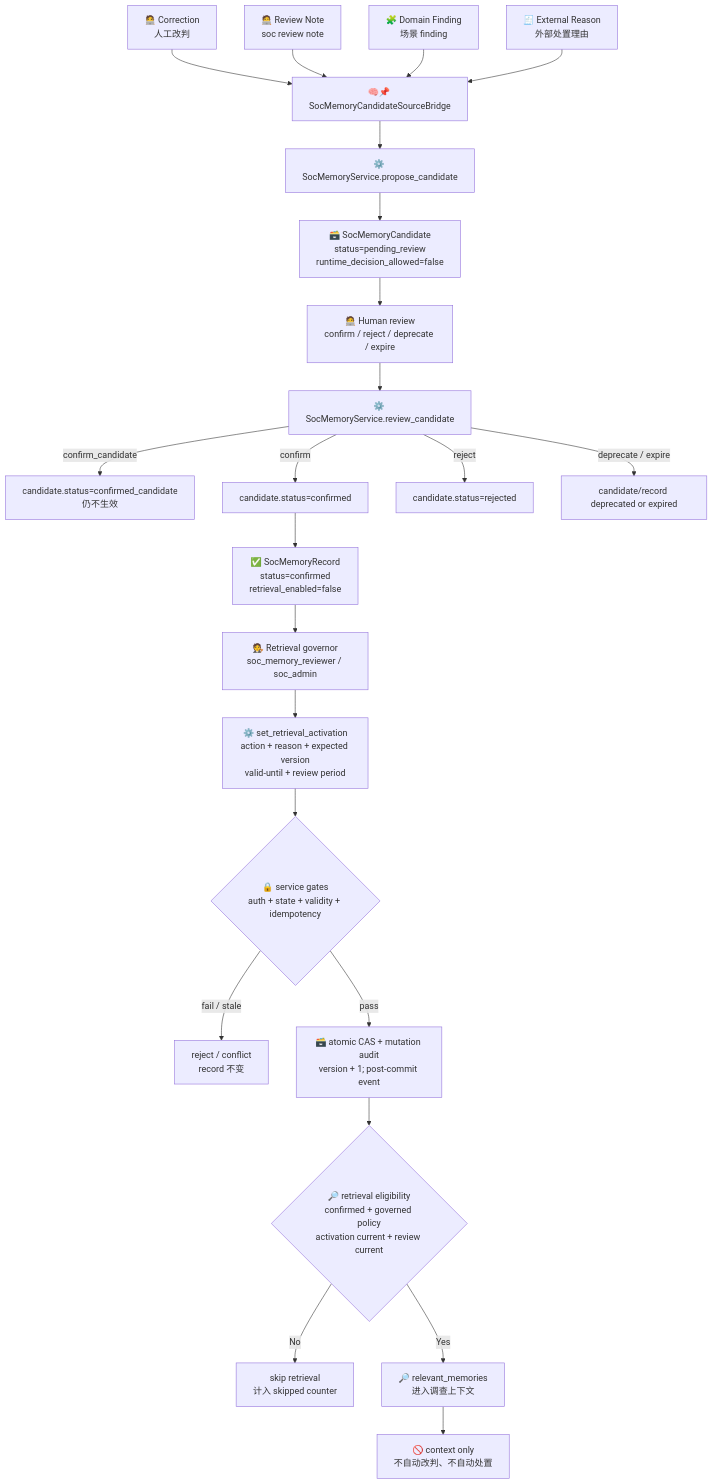
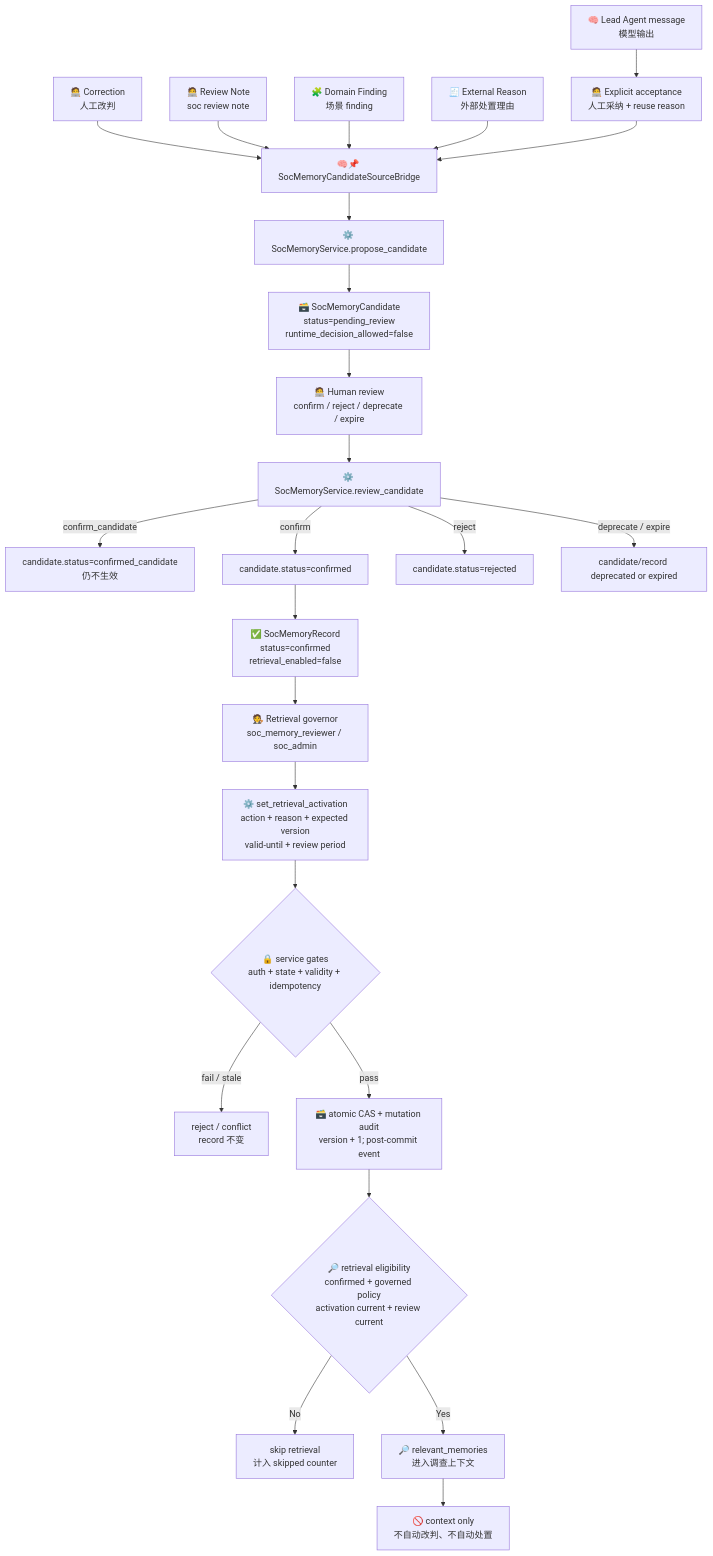
One commit to yydspanda/deer-flow changed diagram 14 of 22 in .notes/ai_soc/alert-lifecycle-flow.md. Above: the diagram before and after it, drawn with Mermaid. The commit also changed other lines of this file and 107 other files, not shown here.

Commit message:
feat(soc): complete governed lead agent workflows

````diff
--- a/.notes/ai_soc/alert-lifecycle-flow.md
+++ b/.notes/ai_soc/alert-lifecycle-flow.md
@@ -644,29 +677,31 @@
 ```mermaid
 flowchart TD
     A["🧑‍💻 Correction<br/>人工改判"] --> B["🧠📌 SocMemoryCandidateSourceBridge"]
     C["🧑‍💻 Review Note<br/>soc review note"] --> B
     D["🧩 Domain Finding<br/>场景 finding"] --> B
     E["🧾 External Reason<br/>外部处置理由"] --> B
+    A0["🧠 Lead Agent message<br/>模型输出"] --> A1["🧑‍💻 Explicit acceptance<br/>人工采纳 + reuse reason"]
+    A1 --> B
 
     B --> F["⚙️ SocMemoryService.propose_candidate"]
     F --> G["🗃️ SocMemoryCandidate<br/>status=pending_review<br/>runtime_decision_allowed=false"]
 
     G --> H["🧑‍💻 Human review<br/>confirm / reject / deprecate / expire"]
     H --> I["⚙️ SocMemoryService.review_candidate"]
 
     I -->|confirm_candidate| J["candidate.status=confirmed_candidate<br/>仍不生效"]
     I -->|confirm| K["candidate.status=confirmed"]
     K --> L["✅ SocMemoryRecord<br/>status=confirmed<br/>retrieval_enabled=false"]
     I -->|reject| M["candidate.status=rejected"]
     I -->|deprecate / expire| N["candidate/record deprecated or expired"]
 
     L --> O["🧑‍⚖️ Retrieval governor<br/>soc_memory_reviewer / soc_admin"]
     O --> T["⚙️ set_retrieval_activation<br/>action + reason + expected version<br/>valid-until + review period"]
     T --> U{"🔒 service gates<br/>auth + state + validity + idempotency"}
     U -->|"fail / stale"| P["reject / conflict<br/>record 不变"]
     U -->|"pass"| V["🗃️ atomic CAS + mutation audit<br/>version + 1; post-commit event"]
     V --> W{"🔎 retrieval eligibility<br/>confirmed + governed policy<br/>activation current + review current"}
     W -->|No| X["skip retrieval<br/>计入 skipped counter"]
     W -->|Yes| Q["🔎 relevant_memories<br/>进入调查上下文"]
     Q --> R["🚫 context only<br/>不自动改判、不自动处置"]
 ```
````
